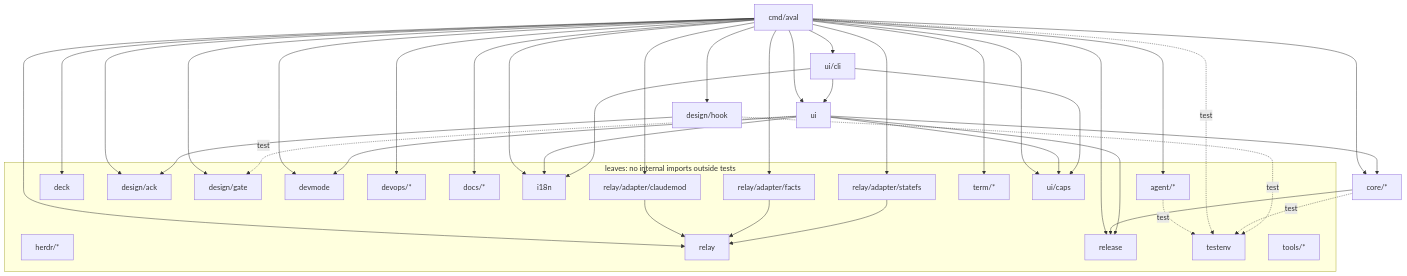
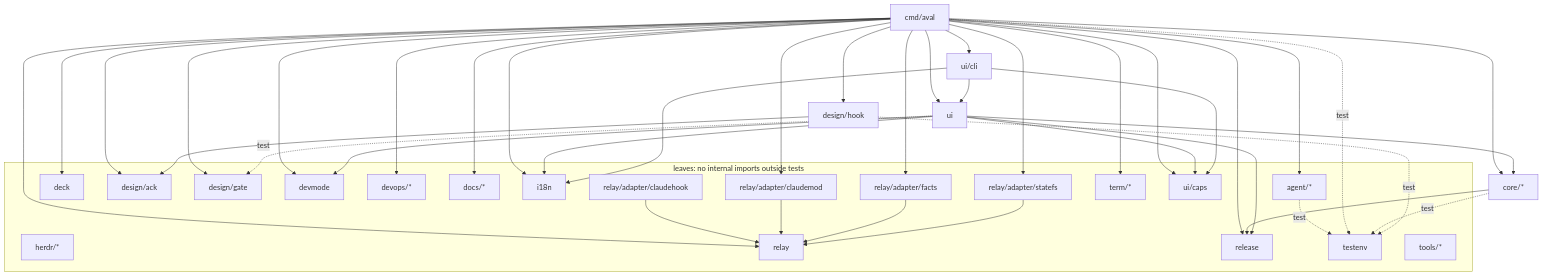
Before and after one commit to alvaroofernaandez/aval: the diagram in docs/architecture/model.md, drawn with Mermaid. The commit also changed 10 other files, not shown here.

Commit message:
feat(relay): classic-hook adapter reads the capsule from the transcript

````diff
--- a/docs/architecture/model.md
+++ b/docs/architecture/model.md
@@ -12,65 +12,67 @@
 ```mermaid
 flowchart TD
   cmd_aval["cmd/aval"]
   ui_cli["ui/cli"]
   ui["ui"]
   core["core/*"]
   design_hook["design/hook"]
   subgraph leaves["leaves: no internal imports outside tests"]
     agent["agent/*"]
     deck["deck"]
     design_ack["design/ack"]
     design_gate["design/gate"]
     devmode["devmode"]
     devops["devops/*"]
     docs["docs/*"]
     herdr["herdr/*"]
     i18n["i18n"]
     relay["relay"]
+    relay_adapter_claudehook["relay/adapter/claudehook"]
     relay_adapter_claudemod["relay/adapter/claudemod"]
     relay_adapter_facts["relay/adapter/facts"]
     relay_adapter_statefs["relay/adapter/statefs"]
     release["release"]
     term["term/*"]
     testenv["testenv"]
     tools["tools/*"]
     ui_caps["ui/caps"]
   end
   agent -.->|test| testenv
   cmd_aval --> agent
   cmd_aval --> core
   cmd_aval --> deck
   cmd_aval --> design_ack
   cmd_aval --> design_gate
   cmd_aval --> design_hook
   cmd_aval --> devmode
   cmd_aval --> devops
   cmd_aval --> docs
   cmd_aval --> i18n
   cmd_aval --> relay
   cmd_aval --> relay_adapter_claudemod
   cmd_aval --> relay_adapter_facts
   cmd_aval --> relay_adapter_statefs
   cmd_aval --> release
   cmd_aval --> term
   cmd_aval --> ui
   cmd_aval --> ui_caps
   cmd_aval --> ui_cli
   cmd_aval -.->|test| testenv
   core --> release
   core -.->|test| testenv
   design_hook --> design_ack
   design_hook -.->|test| testenv
+  relay_adapter_claudehook --> relay
   relay_adapter_claudemod --> relay
   relay_adapter_facts --> relay
   relay_adapter_statefs --> relay
   ui --> core
   ui --> devmode
   ui --> i18n
   ui --> release
   ui --> ui_caps
   ui -.->|test| design_gate
   ui_cli --> i18n
   ui_cli --> ui
   ui_cli --> ui_caps
 ```
````
